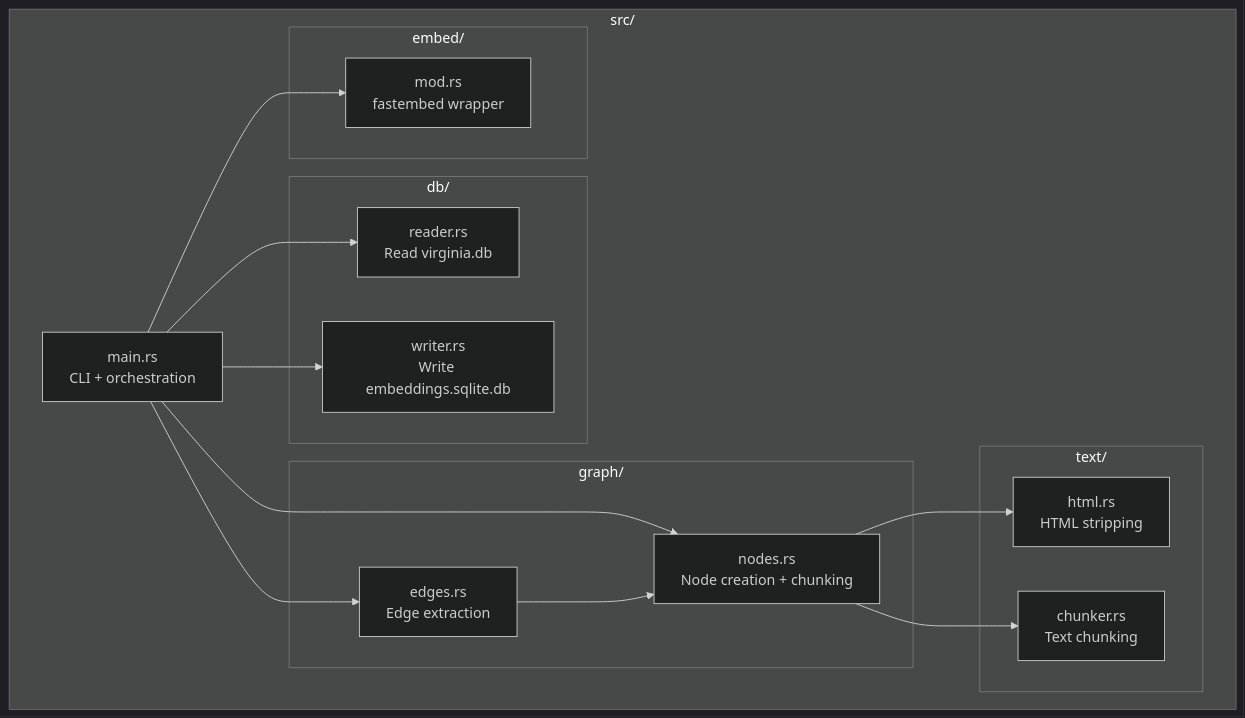
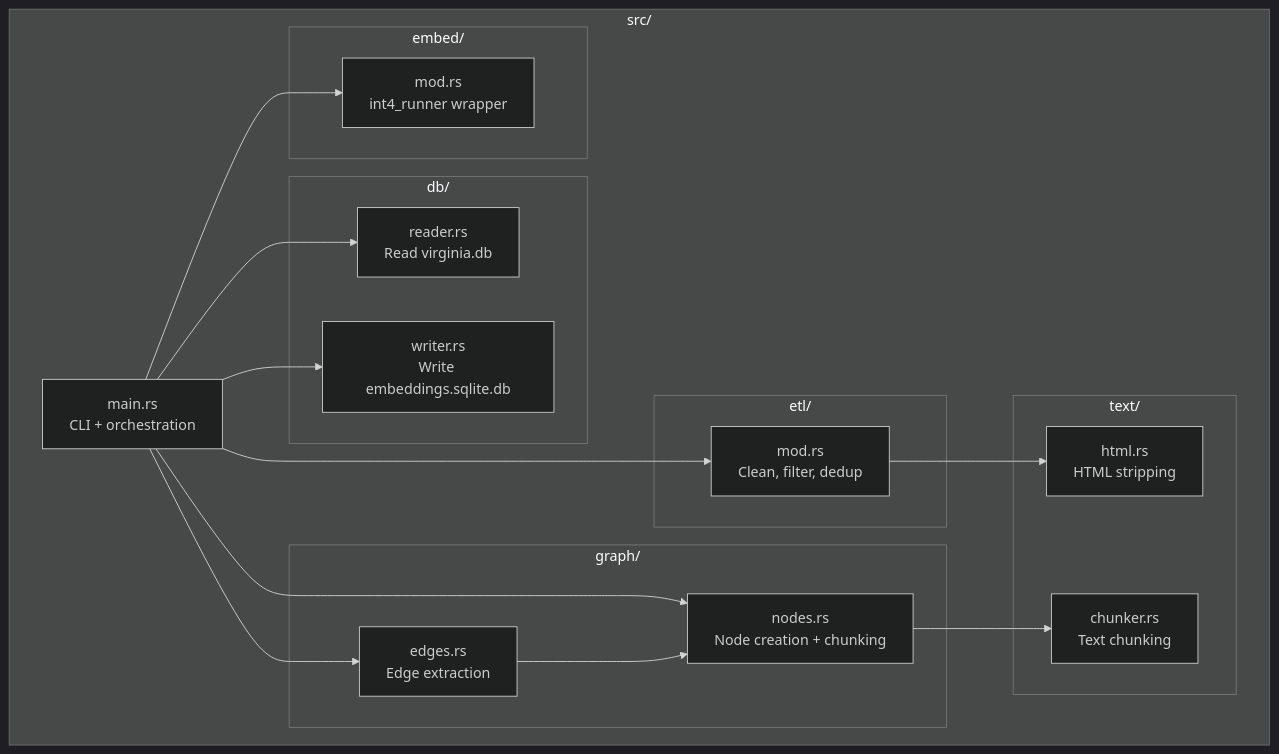
The second of 8 diagrams in packages/embeddings/README.md (geoffsee/proseva), drawn with Mermaid (dark theme) before and after one commit. The commit also changed other lines of this file and 7 other files, not shown here.

````diff
--- a/packages/embeddings/README.md
+++ b/packages/embeddings/README.md
@@ -41,34 +41,39 @@
 ```mermaid
 graph TD
     subgraph "src/"
         main[main.rs<br/>CLI + orchestration]
 
         subgraph "db/"
             reader[reader.rs<br/>Read virginia.db]
             writer[writer.rs<br/>Write embeddings.sqlite.db]
+        end
+
+        subgraph "etl/"
+            etl[mod.rs<br/>Clean, filter, dedup]
         end
 
         subgraph "graph/"
             nodes[nodes.rs<br/>Node creation + chunking]
             edges[edges.rs<br/>Edge extraction]
         end
 
         subgraph "text/"
             html[html.rs<br/>HTML stripping]
             chunker[chunker.rs<br/>Text chunking]
         end
 
         subgraph "embed/"
-            embedder[mod.rs<br/>fastembed wrapper]
+            embedder[mod.rs<br/>int4_runner wrapper]
         end
     end
 
     main --> reader
+    main --> etl
     main --> writer
     main --> nodes
     main --> edges
     main --> embedder
-    nodes --> html
+    etl --> html
     nodes --> chunker
     edges --> nodes
 ```
````
